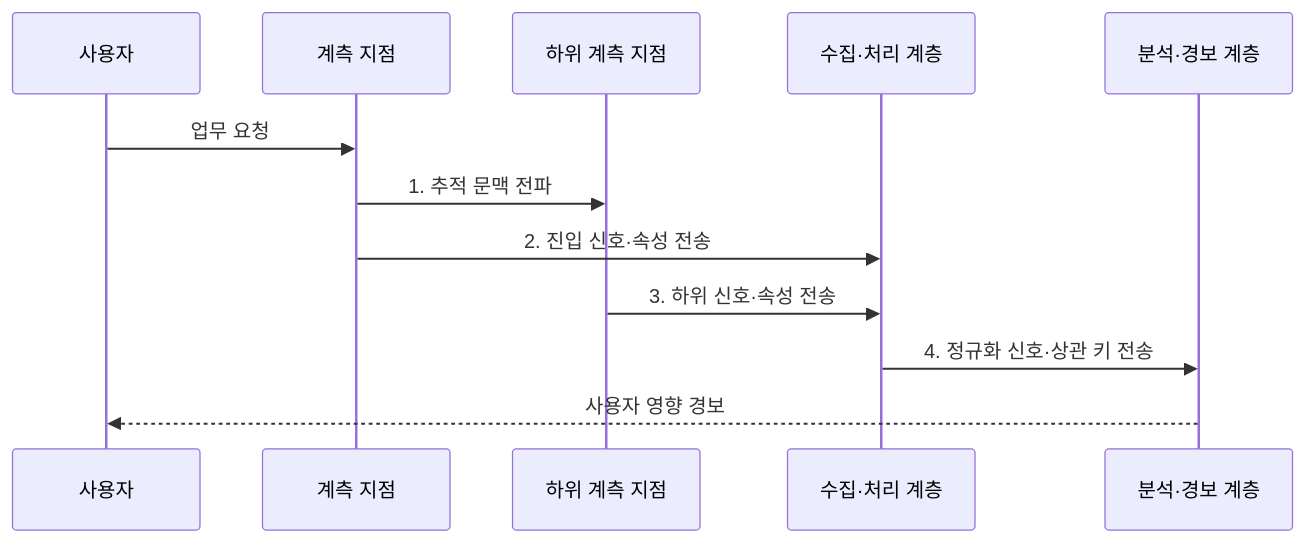
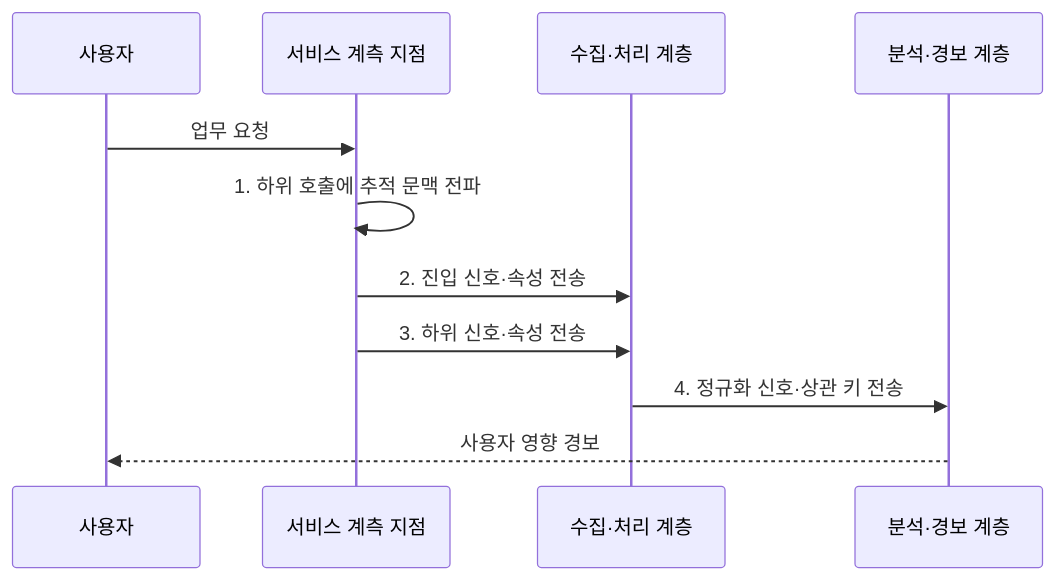
The second of 2 diagrams in src/content/docs/notes/03-software/161_cloud_native_observability.md (agnusdei1207/knowledge-base), drawn with Mermaid before and after one commit. The commit also changed 8 other files, not shown here.

Commit message:
Simplify service operation diagrams

````diff
--- a/src/content/docs/notes/03-software/161_cloud_native_observability.md
+++ b/src/content/docs/notes/03-software/161_cloud_native_observability.md
@@ -98,14 +98,13 @@
 ```mermaid
 sequenceDiagram
     participant U as 사용자
-    participant A as 계측 지점
-    participant D as 하위 계측 지점
+    participant A as 서비스 계측 지점
     participant C as 수집·처리 계층
     participant S as 분석·경보 계층
     U->>A: 업무 요청
-    A->>D: 1. 추적 문맥 전파
+    A->>A: 1. 하위 호출에 추적 문맥 전파
     A->>C: 2. 진입 신호·속성 전송
-    D->>C: 3. 하위 신호·속성 전송
+    A->>C: 3. 하위 신호·속성 전송
     C->>S: 4. 정규화 신호·상관 키 전송
     S-->>U: 사용자 영향 경보
 ```
````
